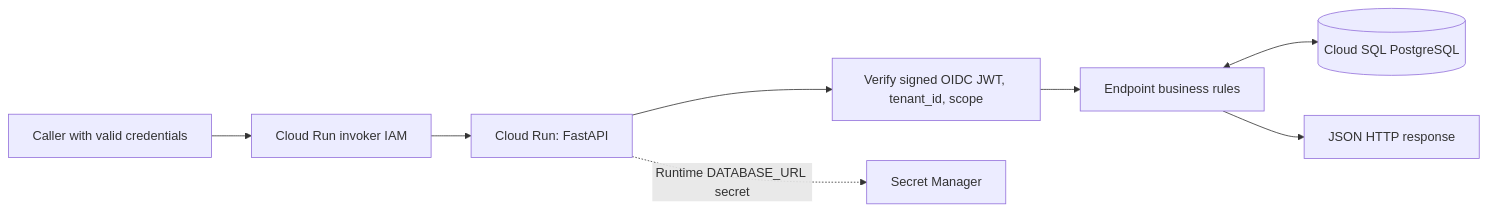
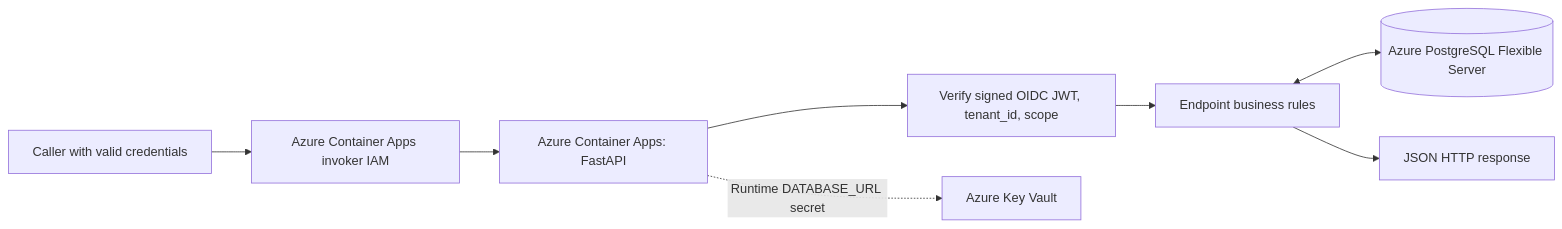
The first of 2 diagrams in README.md (nolet7/enterprise-finance-platform), drawn with Mermaid before and after one commit. The commit also changed other lines of this file, not shown here.

Commit message:
Document Azure finance request flow and environment deployment gates

````diff
--- a/README.md
+++ b/README.md
@@ -23,10 +26,10 @@
 ```mermaid
 flowchart LR
-  U["Caller with valid credentials"] --> I["Cloud Run invoker IAM"]
-  I --> R["Cloud Run: FastAPI"]
+  U["Caller with valid credentials"] --> I["Azure Container Apps invoker IAM"]
+  I --> R["Azure Container Apps: FastAPI"]
   R --> J["Verify signed OIDC JWT, tenant_id, scope"]
   J --> H["Endpoint business rules"]
-  H <--> D[("Cloud SQL PostgreSQL")]
-  R -. "Runtime DATABASE_URL secret" .-> S["Secret Manager"]
+  H <--> D[("Azure PostgreSQL Flexible Server")]
+  R -. "Runtime DATABASE_URL secret" .-> S["Azure Key Vault"]
   H --> O["JSON HTTP response"]
 ```
````
